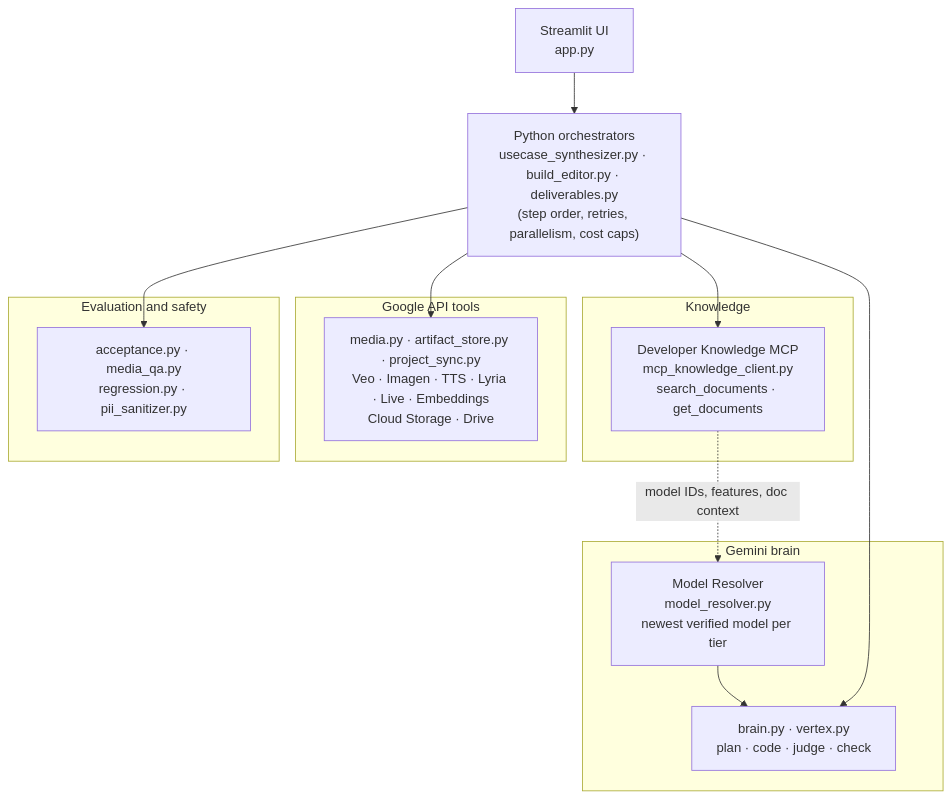
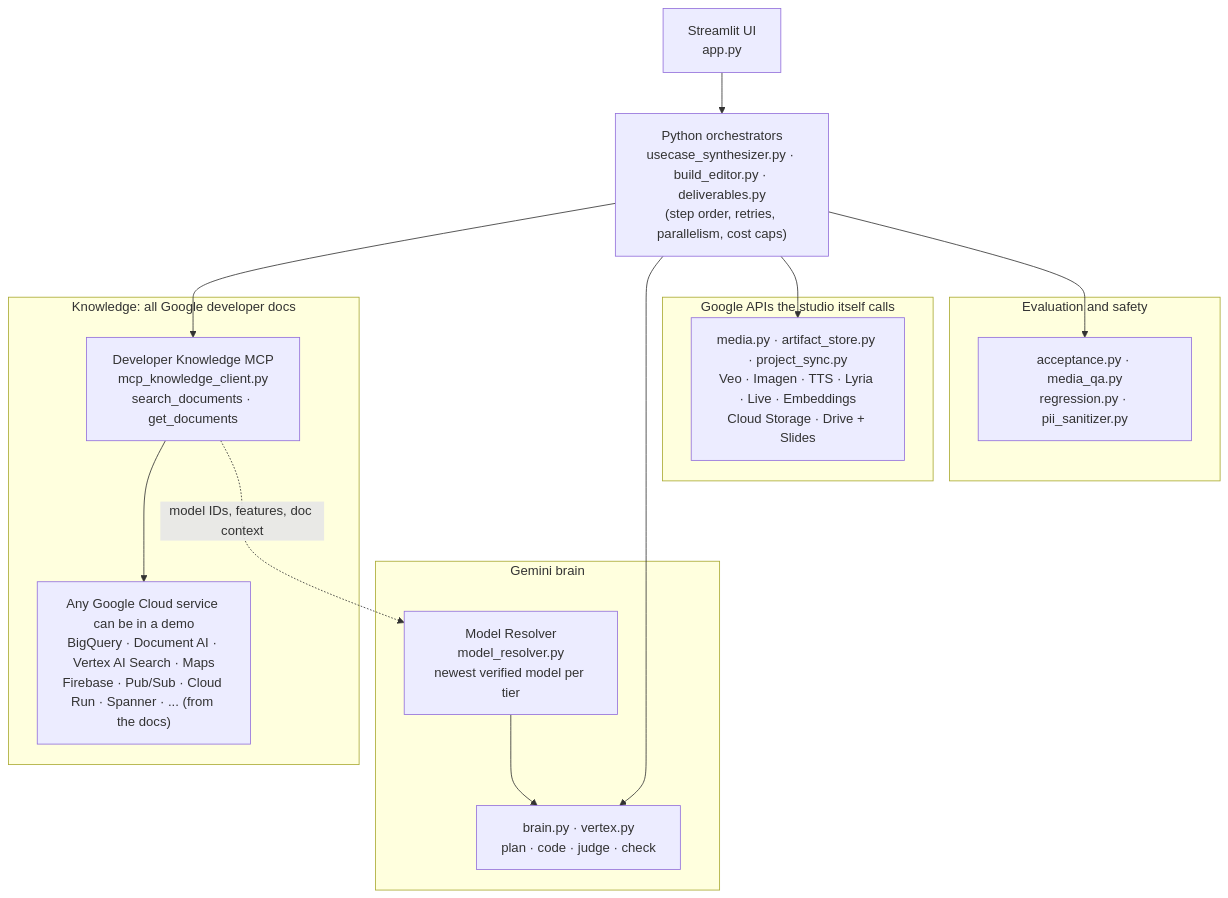
Before and after one commit to LUJ20/eliminating-custom-demo-toil-with-google-mcp: the second of 2 diagrams in README.md, drawn with Mermaid. The commit also changed other lines of this file and 1 other file, not shown here.

Commit message:
CI: pin actions to commit hashes, read-only permissions (org policy); README: what a demo can use vs. what the studio itself calls

````diff
--- a/README.md
+++ b/README.md
@@ -129,23 +129,25 @@
 ```mermaid
 flowchart TB
     UI["Streamlit UI<br/>app.py"] --> O["Python orchestrators<br/>usecase_synthesizer.py · build_editor.py · deliverables.py<br/>(step order, retries, parallelism, cost caps)"]
-    subgraph K["Knowledge"]
+    subgraph K["Knowledge: all Google developer docs"]
         MCP["Developer Knowledge MCP<br/>mcp_knowledge_client.py<br/>search_documents · get_documents"]
+        ANY["Any Google Cloud service can be in a demo<br/>BigQuery · Document AI · Vertex AI Search · Maps<br/>Firebase · Pub/Sub · Cloud Run · Spanner · ... (from the docs)"]
+        MCP --> ANY
     end
     subgraph B["Gemini brain"]
         R["Model Resolver<br/>model_resolver.py<br/>newest verified model per tier"]
         G["brain.py · vertex.py<br/>plan · code · judge · check"]
         R --> G
     end
-    subgraph T["Google API tools"]
-        API["media.py · artifact_store.py · project_sync.py<br/>Veo · Imagen · TTS · Lyria · Live · Embeddings<br/>Cloud Storage · Drive"]
+    subgraph T["Google APIs the studio itself calls"]
+        API["media.py · artifact_store.py · project_sync.py<br/>Veo · Imagen · TTS · Lyria · Live · Embeddings<br/>Cloud Storage · Drive + Slides"]
     end
     subgraph E["Evaluation and safety"]
         EV["acceptance.py · media_qa.py<br/>regression.py · pii_sanitizer.py"]
     end
     O --> MCP
     O --> G
     O --> API
     O --> EV
     MCP -. "model IDs, features, doc context" .-> R
 ```
````
